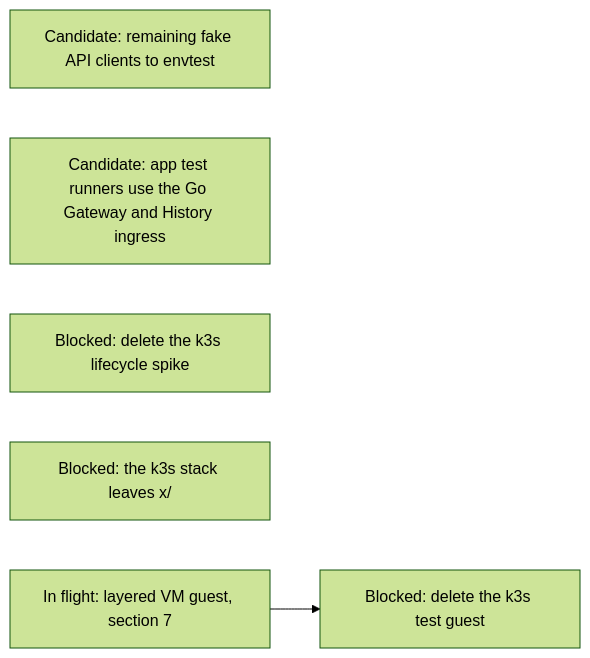
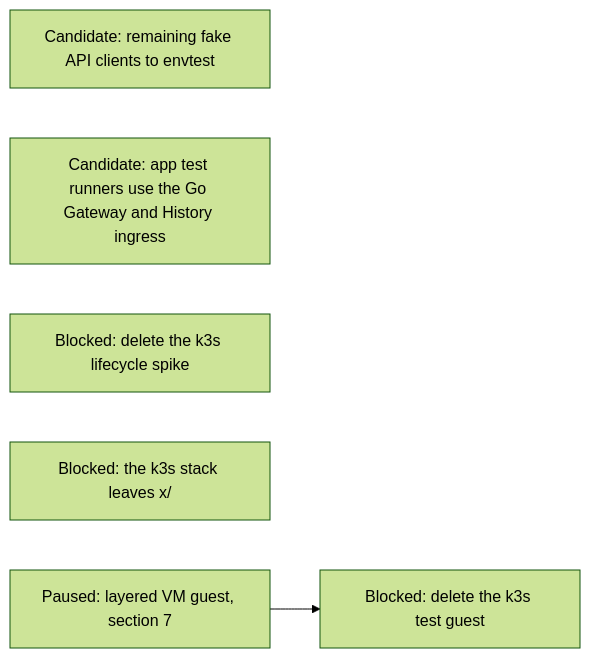
Before and after one commit to agentydragon-agent/ducktape: diagram 19 of 19 in agentplane/plans/task_dag.md, drawn with Mermaid (forest theme). The commit also changed other lines of this file and 7 other files, not shown here.

````diff
--- a/agentplane/plans/task_dag.md
+++ b/agentplane/plans/task_dag.md
@@ -1858,8 +1883,8 @@
 ```mermaid
 flowchart LR
     FAKE_CLIENTS_TO_ENVTEST[Candidate: remaining fake API clients to envtest]
     APP_TEST_RUNNER_FIXTURES_GO[Candidate: app test runners use the Go Gateway and History ingress]
     K3S_SPIKE_TARGETS_RETIRE[Blocked: delete the k3s lifecycle spike]
     K3S_ENV_OUT_OF_X[Blocked: the k3s stack leaves x/]
-    RUNNER_LAYERING_VM[In flight: layered VM guest, section 7] --> K3S_TEST_GUEST_RETIRE[Blocked: delete the k3s test guest]
+    RUNNER_LAYERING_VM[Paused: layered VM guest, section 7] --> K3S_TEST_GUEST_RETIRE[Blocked: delete the k3s test guest]
 ```
````
